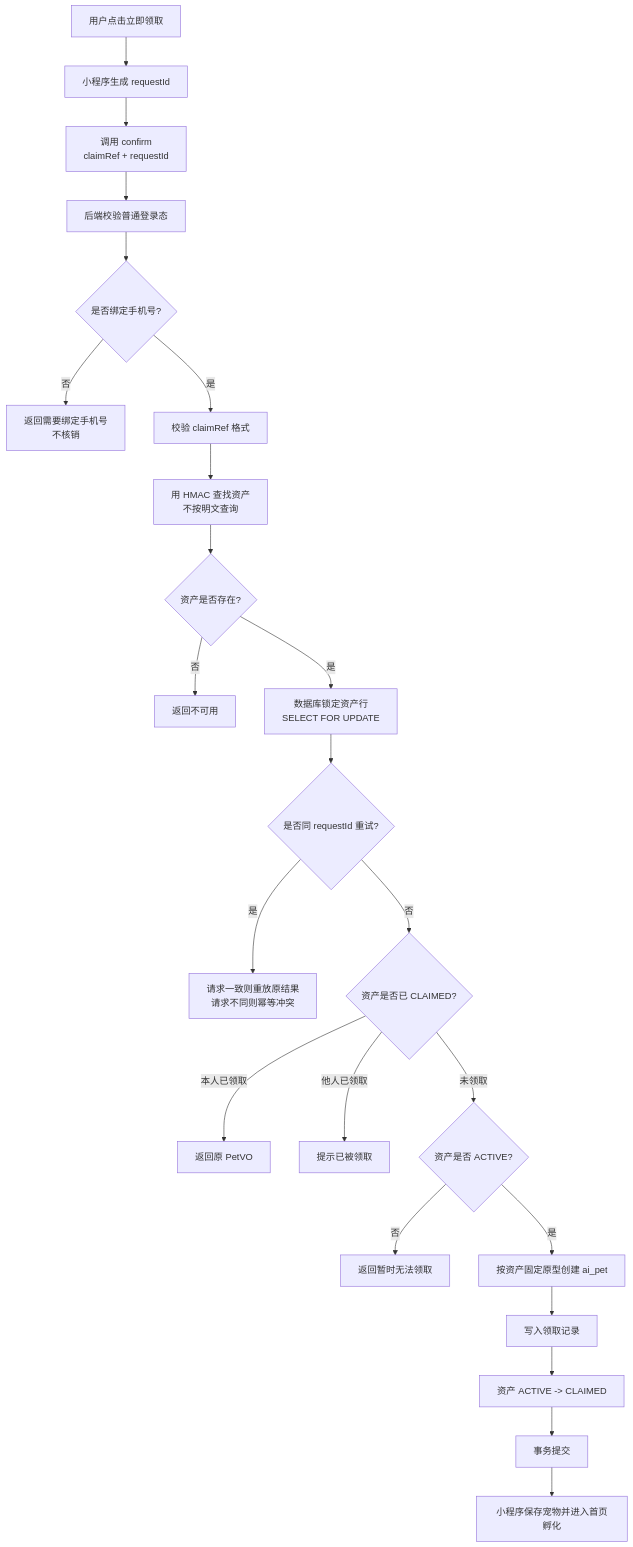
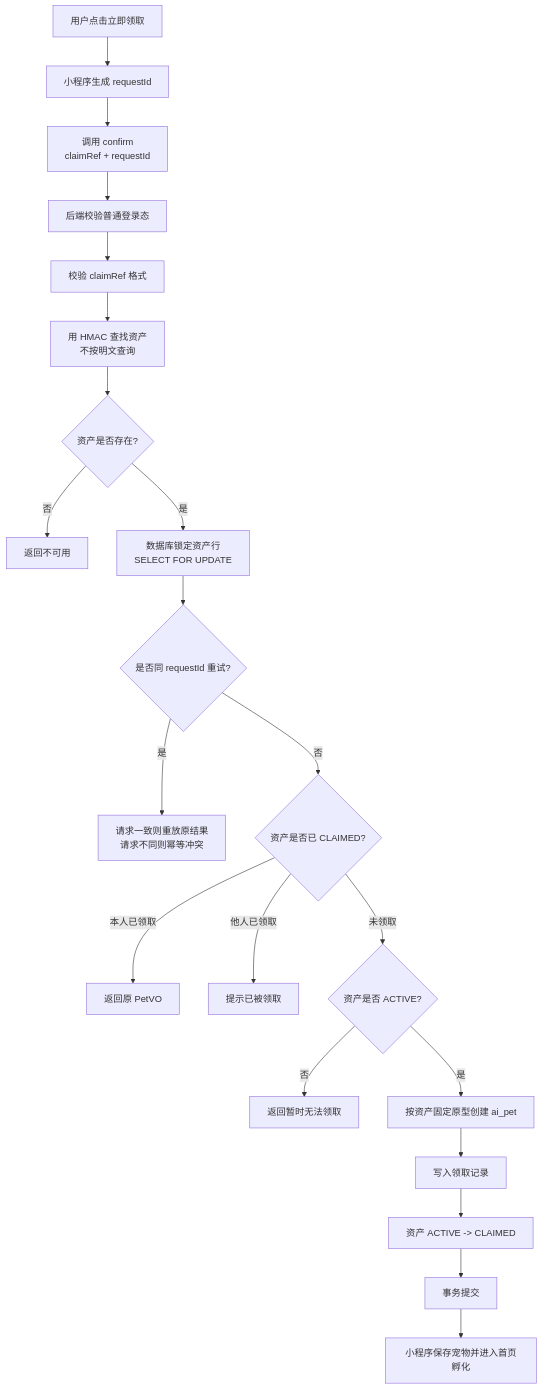
The tenth of 20 diagrams in docs/nfc/egg-nfc-lifecycle-flow.md (haixinke/xiaozhi-esp32-server), drawn with Mermaid before and after one commit. The commit also changed other lines of this file and 104 other files, not shown here.

````diff
--- a/docs/nfc/egg-nfc-lifecycle-flow.md
+++ b/docs/nfc/egg-nfc-lifecycle-flow.md
@@ -359,25 +359,23 @@
 ```mermaid
 flowchart TD
     A["用户点击立即领取"] --> B["小程序生成 requestId"]
     B --> C["调用 confirm<br/>claimRef + requestId"]
     C --> D["后端校验普通登录态"]
-    D --> E{"是否绑定手机号?"}
-    E -->|否| E1["返回需要绑定手机号<br/>不核销"]
-    E -->|是| F["校验 claimRef 格式"]
+    D --> F["校验 claimRef 格式"]
     F --> G["用 HMAC 查找资产<br/>不按明文查询"]
     G --> H{"资产是否存在?"}
     H -->|否| H1["返回不可用"]
     H -->|是| I["数据库锁定资产行<br/>SELECT FOR UPDATE"]
     I --> J{"是否同 requestId 重试?"}
     J -->|是| J1["请求一致则重放原结果<br/>请求不同则幂等冲突"]
     J -->|否| K{"资产是否已 CLAIMED?"}
     K -->|本人已领取| K1["返回原 PetVO"]
     K -->|他人已领取| K2["提示已被领取"]
     K -->|未领取| L{"资产是否 ACTIVE?"}
     L -->|否| L1["返回暂时无法领取"]
     L -->|是| M["按资产固定原型创建 ai_pet"]
     M --> N["写入领取记录"]
     N --> O["资产 ACTIVE -> CLAIMED"]
     O --> P["事务提交"]
     P --> Q["小程序保存宠物并进入首页孵化"]
 ```
````
